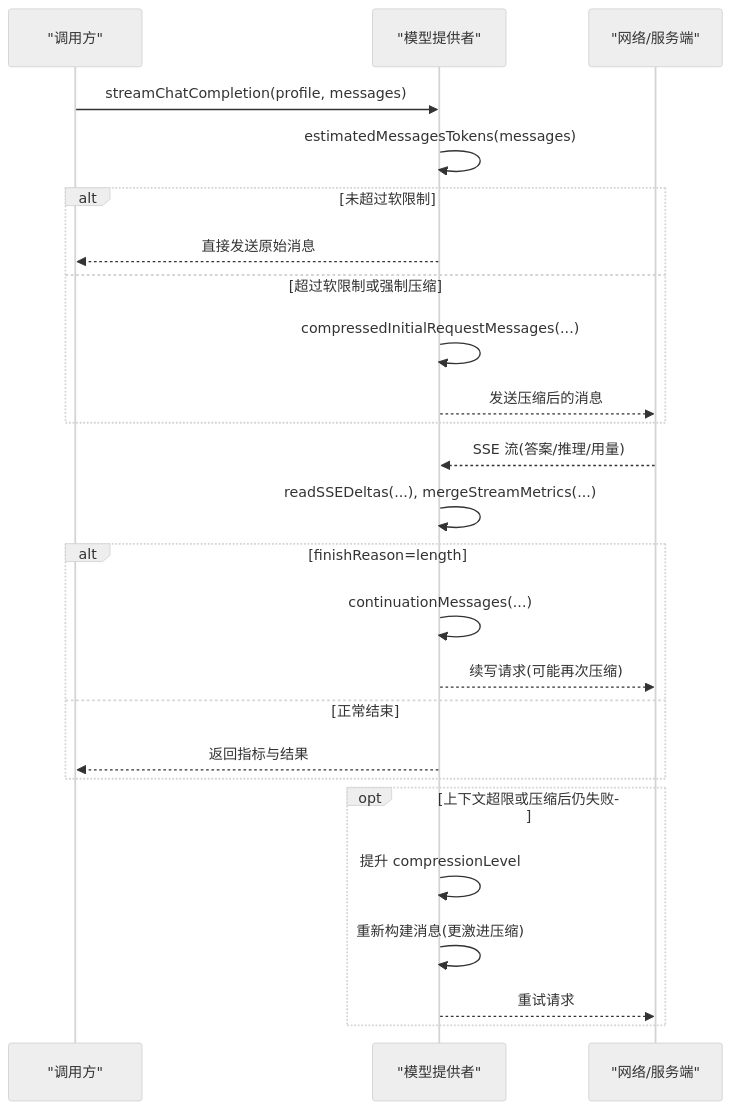
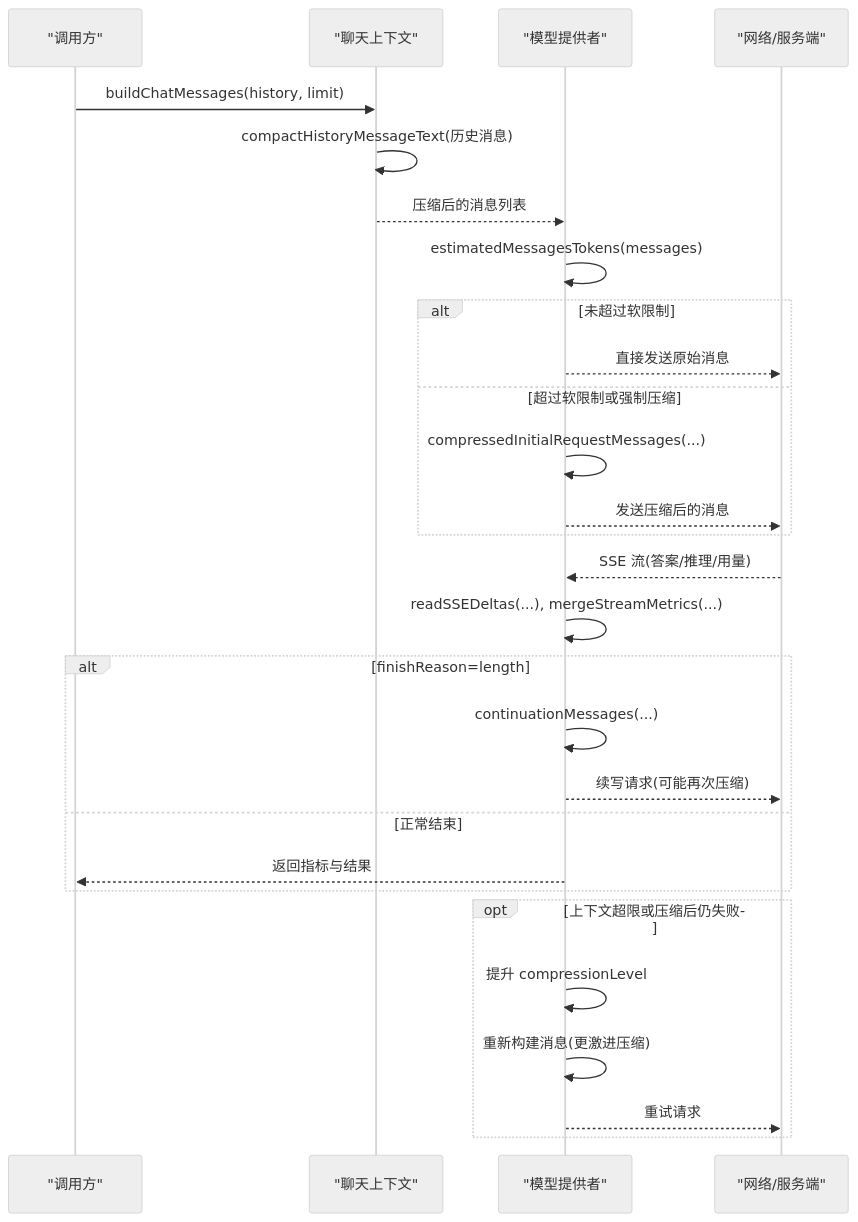
The second of 8 diagrams in .qoder/repowiki/zh/content/项目概述/核心特性/多模型支持/上下文压缩.md (dyx-9163/ai-aifar), drawn with Mermaid (neutral theme) before and after one commit. The commit also changed other lines of this file and 37 other files, not shown here.

````diff
--- a/.qoder/repowiki/zh/content/项目概述/核心特性/多模型支持/上下文压缩.md
+++ b/.qoder/repowiki/zh/content/项目概述/核心特性/多模型支持/上下文压缩.md
@@ -80,27 +99,30 @@
 ```mermaid
 sequenceDiagram
 participant App as "调用方"
+participant CC as "聊天上下文"
 participant MP as "模型提供者"
 participant Net as "网络/服务端"
-App->>MP : streamChatCompletion(profile, messages)
+App->>CC : buildChatMessages(history, limit)
+CC->>CC : compactHistoryMessageText(历史消息)
+CC-->>MP : 压缩后的消息列表
 MP->>MP : estimatedMessagesTokens(messages)
 alt 未超过软限制
-MP-->>App : 直接发送原始消息
+MP-->>Net : 直接发送原始消息
 else 超过软限制或强制压缩
 MP->>MP : compressedInitialRequestMessages(...)
 MP-->>Net : 发送压缩后的消息
 end
 Net-->>MP : SSE 流(答案/推理/用量)
 MP->>MP : readSSEDeltas(...), mergeStreamMetrics(...)
 alt finishReason=length
 MP->>MP : continuationMessages(...)
 MP-->>Net : 续写请求(可能再次压缩)
 else 正常结束
 MP-->>App : 返回指标与结果
 end
 opt 上下文超限或压缩后仍失败
 MP->>MP : 提升 compressionLevel
 MP->>MP : 重新构建消息(更激进压缩)
 MP-->>Net : 重试请求
 end
 ```
````
